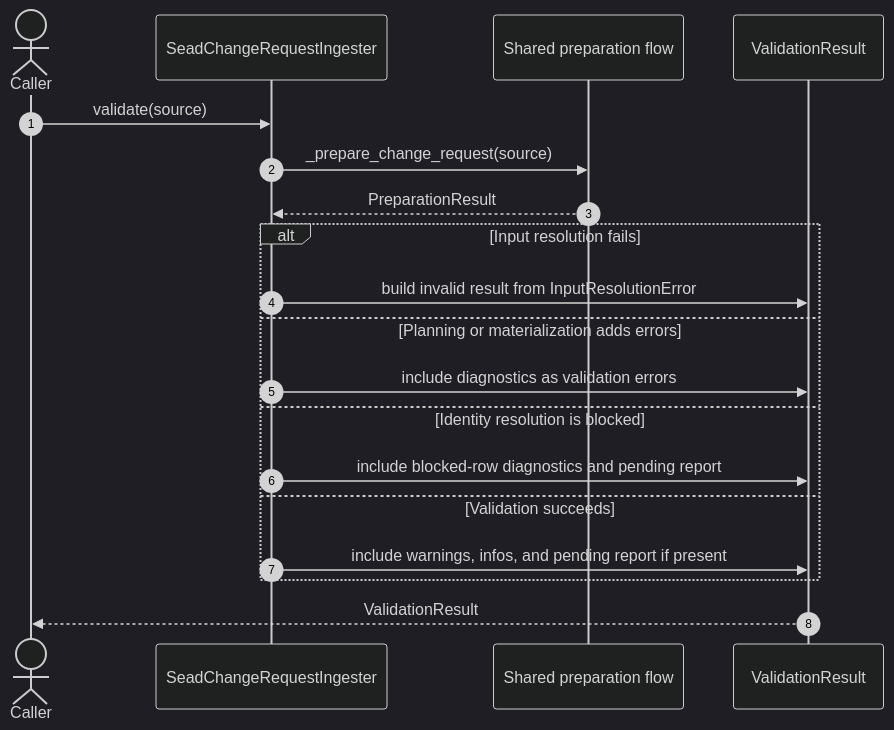
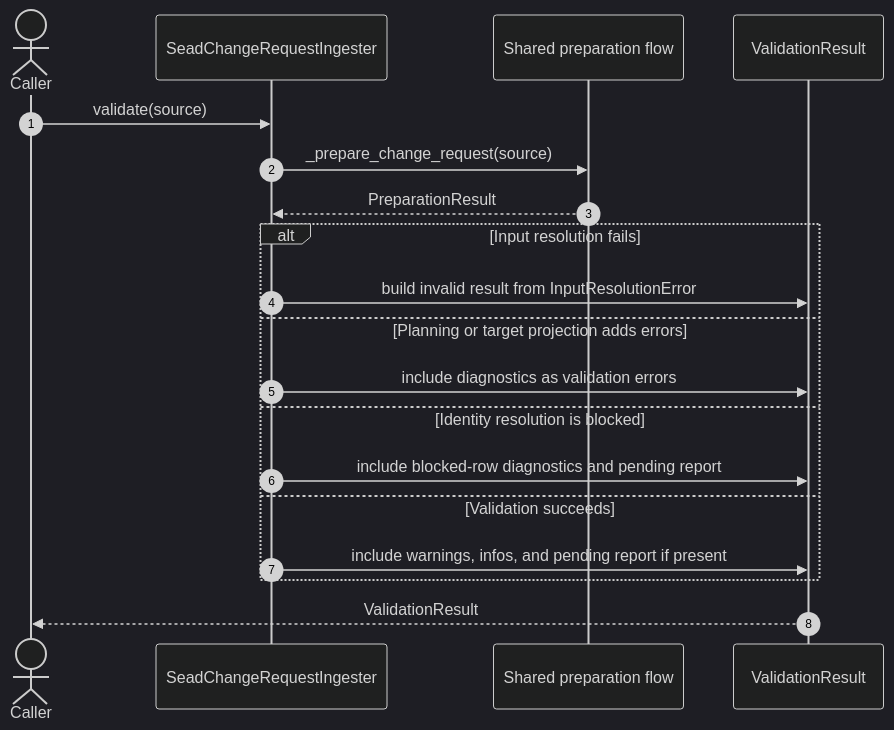
One commit to humlab-sead/sead_shape_shifter changed the second of 3 diagrams in ingesters/sead_change_request/DIAGRAMS.md. Above: the diagram before and after it, drawn with Mermaid (dark theme). The commit also changed other lines of this file and 17 other files, not shown here.

First line of the commit message:
refactor(ingesters): rename target projection step

````diff
--- a/ingesters/sead_change_request/DIAGRAMS.md
+++ b/ingesters/sead_change_request/DIAGRAMS.md
@@ -53,24 +53,24 @@
 ```mermaid
 sequenceDiagram
     autonumber
     actor Caller
     participant Ingester as SeadChangeRequestIngester
     participant Prep as Shared preparation flow
     participant Result as ValidationResult
 
     Caller->>Ingester: validate(source)
     Ingester->>Prep: _prepare_change_request(source)
     Prep-->>Ingester: PreparationResult
 
     alt Input resolution fails
         Ingester->>Result: build invalid result from InputResolutionError
-    else Planning or materialization adds errors
+    else Planning or target projection adds errors
         Ingester->>Result: include diagnostics as validation errors
     else Identity resolution is blocked
         Ingester->>Result: include blocked-row diagnostics and pending report
     else Validation succeeds
         Ingester->>Result: include warnings, infos, and pending report if present
     end
 
     Result-->>Caller: ValidationResult
 ```
````
